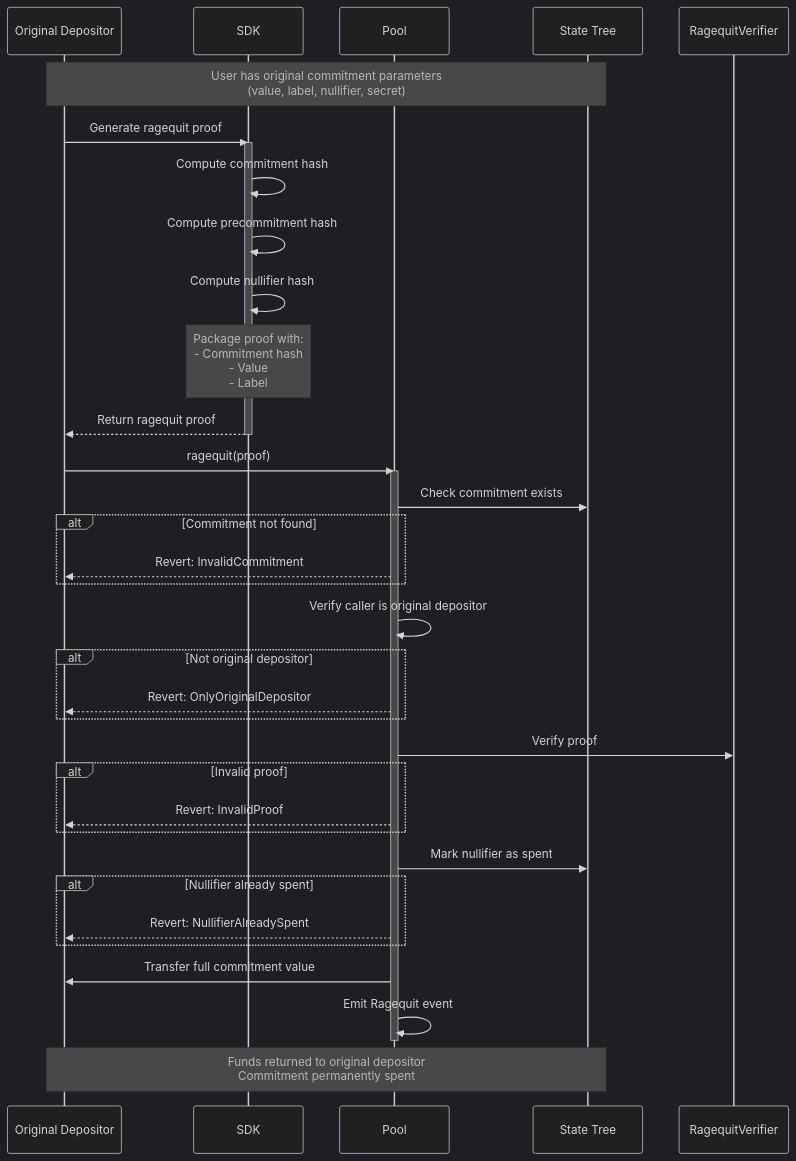
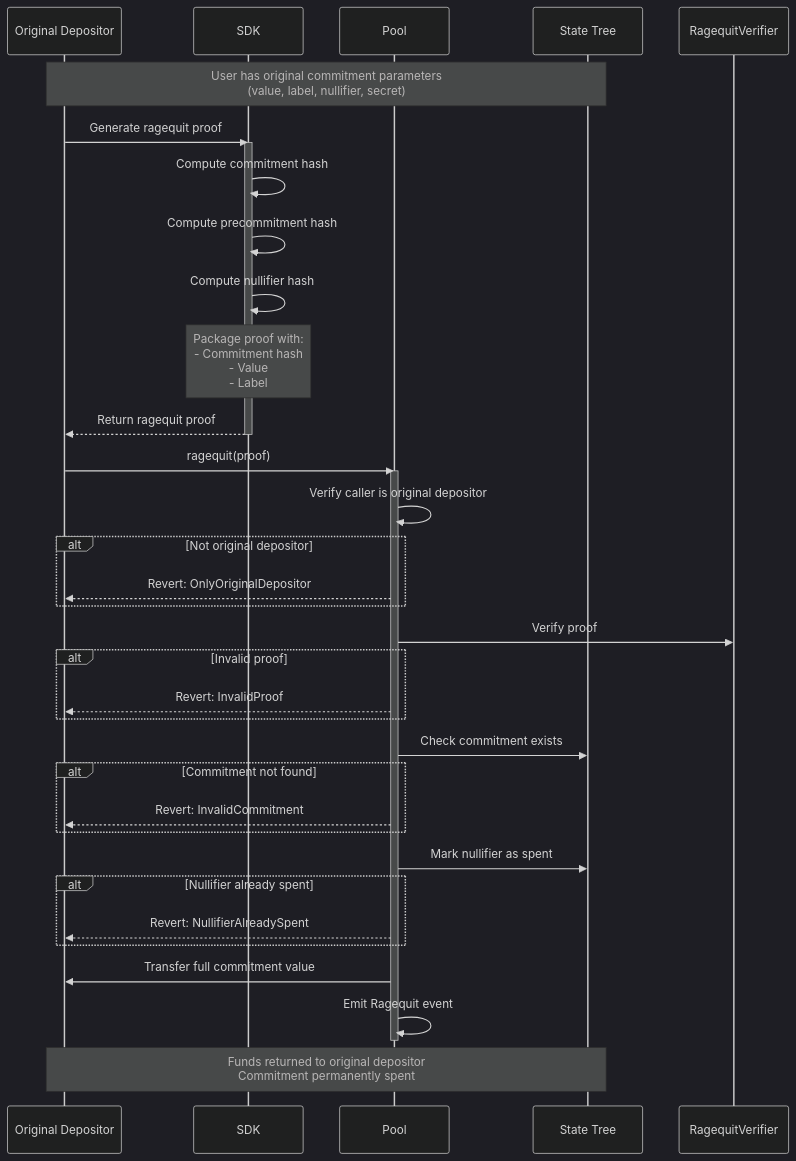
The diagram in docs/docs/protocol/ragequit.md (0xmatthewb/privacy-pools-core), drawn with Mermaid (dark theme) before and after one commit. The commit also changed other lines of this file and 7 other files, not shown here.

````diff
--- a/docs/docs/protocol/ragequit.md
+++ b/docs/docs/protocol/ragequit.md
@@ -19,56 +19,56 @@
 ```mermaid
 sequenceDiagram
     participant User as Original Depositor
     participant SDK
     participant Pool
     participant State as State Tree
     participant RQ as RagequitVerifier
 
     Note over User,State: User has original commitment parameters<br/>(value, label, nullifier, secret)
 
     User->>SDK: Generate ragequit proof
 
     activate SDK
     SDK->>SDK: Compute commitment hash
     SDK->>SDK: Compute precommitment hash
     SDK->>SDK: Compute nullifier hash
 
     Note over SDK: Package proof with:<br/>- Commitment hash<br/>- Value<br/>- Label
     SDK-->>User: Return ragequit proof
     deactivate SDK
 
     User->>Pool: ragequit(proof)
 
     activate Pool
 
-    Pool->>State: Check commitment exists
-
-    alt Commitment not found
-        Pool-->>User: Revert: InvalidCommitment
-    end
-
     Pool->>Pool: Verify caller is original depositor
 
     alt Not original depositor
         Pool-->>User: Revert: OnlyOriginalDepositor
     end
 
     Pool->>RQ: Verify proof
 
     alt Invalid proof
         Pool-->>User: Revert: InvalidProof
+    end
+
+    Pool->>State: Check commitment exists
+
+    alt Commitment not found
+        Pool-->>User: Revert: InvalidCommitment
     end
 
     Pool->>State: Mark nullifier as spent
 
     alt Nullifier already spent
         Pool-->>User: Revert: NullifierAlreadySpent
     end
 
     Pool->>User: Transfer full commitment value
 
     Pool->>Pool: Emit Ragequit event
     deactivate Pool
 
     Note over User,State: Funds returned to original depositor<br/>Commitment permanently spent
 ```
````
